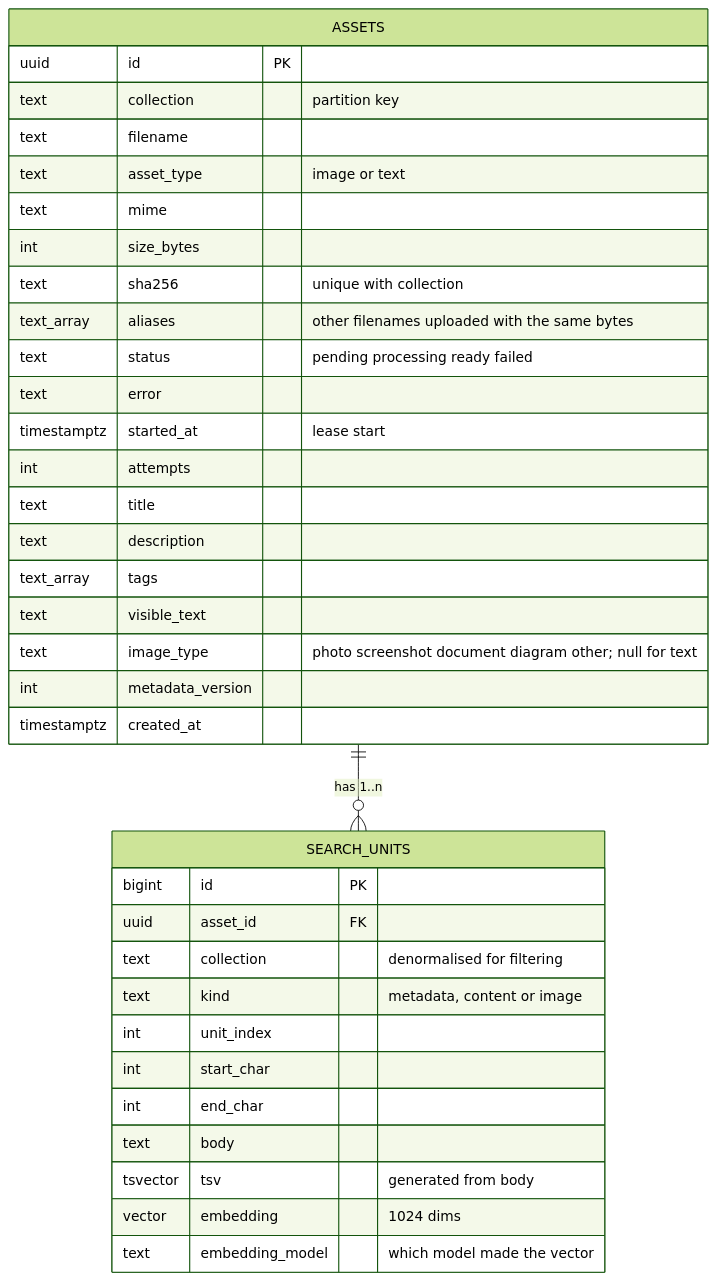
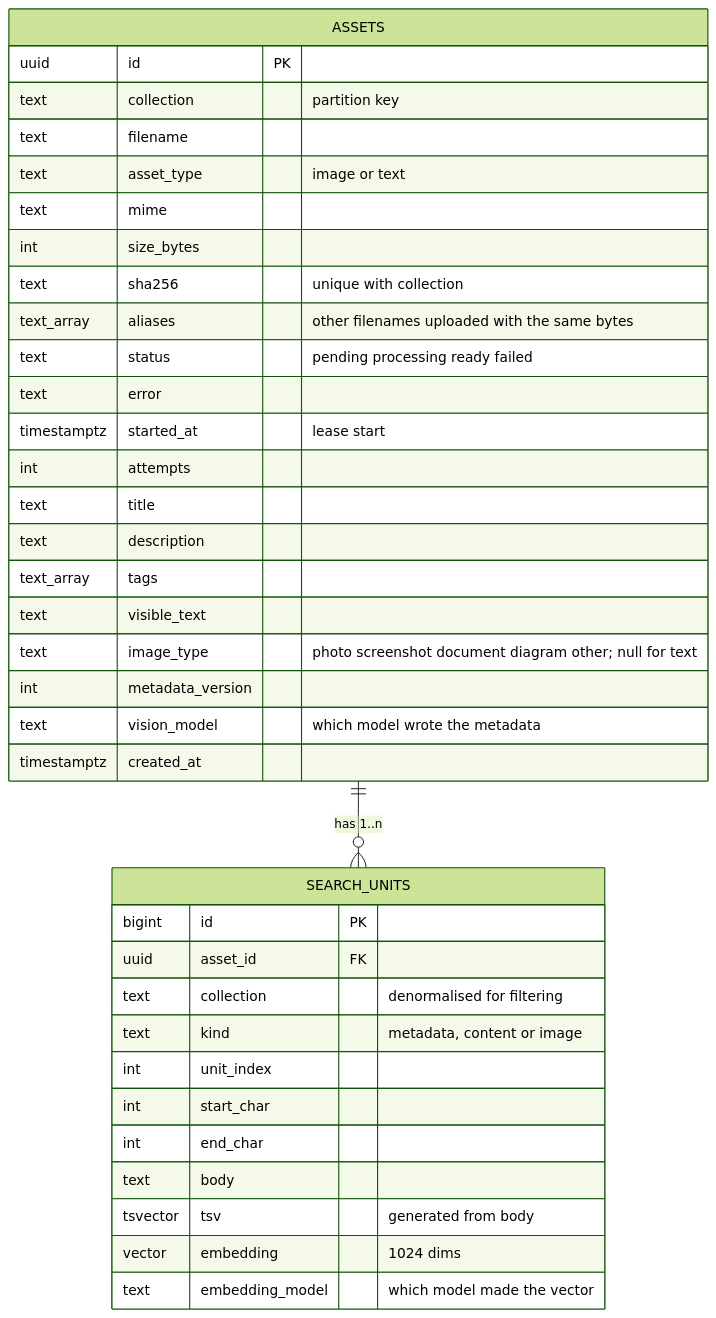
One commit to saarmichael/KMS changed the third of 4 diagrams in docs/system-design.md. Above: the diagram before and after it, drawn with Mermaid (forest theme). The commit also changed other lines of this file and 10 other files, not shown here.

````diff
--- a/docs/system-design.md
+++ b/docs/system-design.md
@@ -138,38 +139,39 @@
 ```mermaid
 erDiagram
   ASSETS ||--o{ SEARCH_UNITS : "has 1..n"
   ASSETS {
     uuid id PK
     text collection "partition key"
     text filename
     text asset_type "image or text"
     text mime
     int size_bytes
     text sha256 "unique with collection"
     text_array aliases "other filenames uploaded with the same bytes"
     text status "pending processing ready failed"
     text error
     timestamptz started_at "lease start"
     int attempts
     text title
     text description
     text_array tags
     text visible_text
     text image_type "photo screenshot document diagram other; null for text"
     int metadata_version
+    text vision_model "which model wrote the metadata"
     timestamptz created_at
   }
   SEARCH_UNITS {
     bigint id PK
     uuid asset_id FK
     text collection "denormalised for filtering"
     text kind "metadata, content or image"
     int unit_index
     int start_char
     int end_char
     text body
     tsvector tsv "generated from body"
     vector embedding "1024 dims"
     text embedding_model "which model made the vector"
   }
 ```
````
